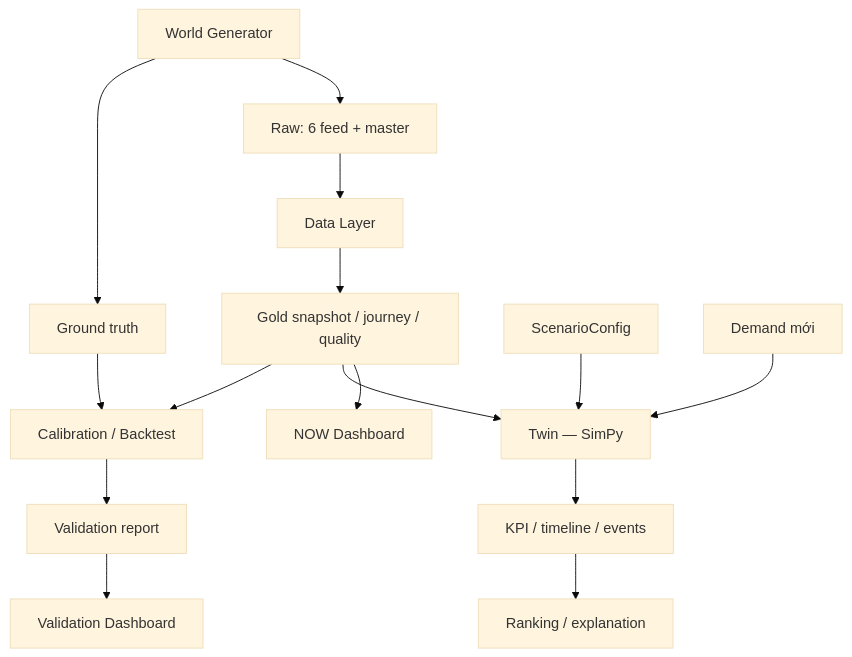
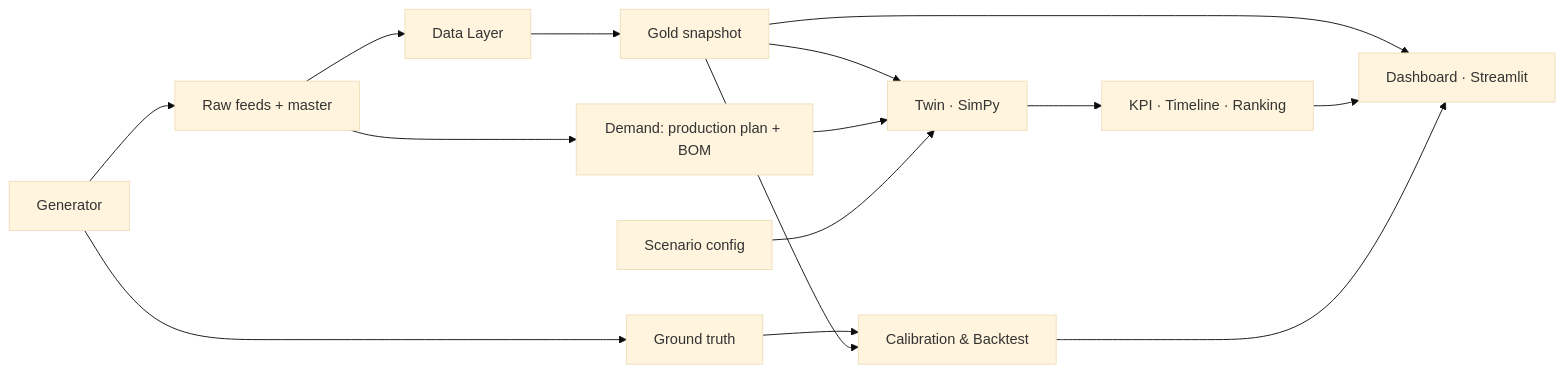
The diagram in README.md (nguyennhan24/denso-logtwin), drawn with Mermaid (base theme) before and after one commit. The commit also changed other lines of this file and 1 other file, not shown here.

````diff
--- a/README.md
+++ b/README.md
@@ -71,21 +22,17 @@
 ```mermaid
-flowchart TD
-    G["World Generator"] --> R["Raw: 6 feed + master"]
+flowchart LR
+    G["Generator"] --> R["Raw feeds + master"]
+    R --> D["Data Layer"]
+    D --> S["Gold snapshot"]
+    R --> P["Demand: production plan + BOM"]
+    S --> T["Twin · SimPy"]
+    P --> T
+    C["Scenario config"] --> T
+    T --> K["KPI · Timeline · Ranking"]
+    S --> UI["Dashboard · Streamlit"]
+    K --> UI
     G --> GT["Ground truth"]
-
-    R --> D["Data Layer"]
-    D --> S["Gold snapshot / journey / quality"]
-
-    S --> NOW["NOW Dashboard"]
-    S --> T["Twin — SimPy"]
-    C["ScenarioConfig"] --> T
-    N["Demand mới"] --> T
-
-    T --> K["KPI / timeline / events"]
-    K --> Q["Ranking / explanation"]
-
-    S --> V["Calibration / Backtest"]
-    GT --> V
-    V --> REPORT["Validation report"]
-    REPORT --> UI["Validation Dashboard"]
+    GT --> V["Calibration & Backtest"]
+    S --> V
+    V --> UI
 ```
````
